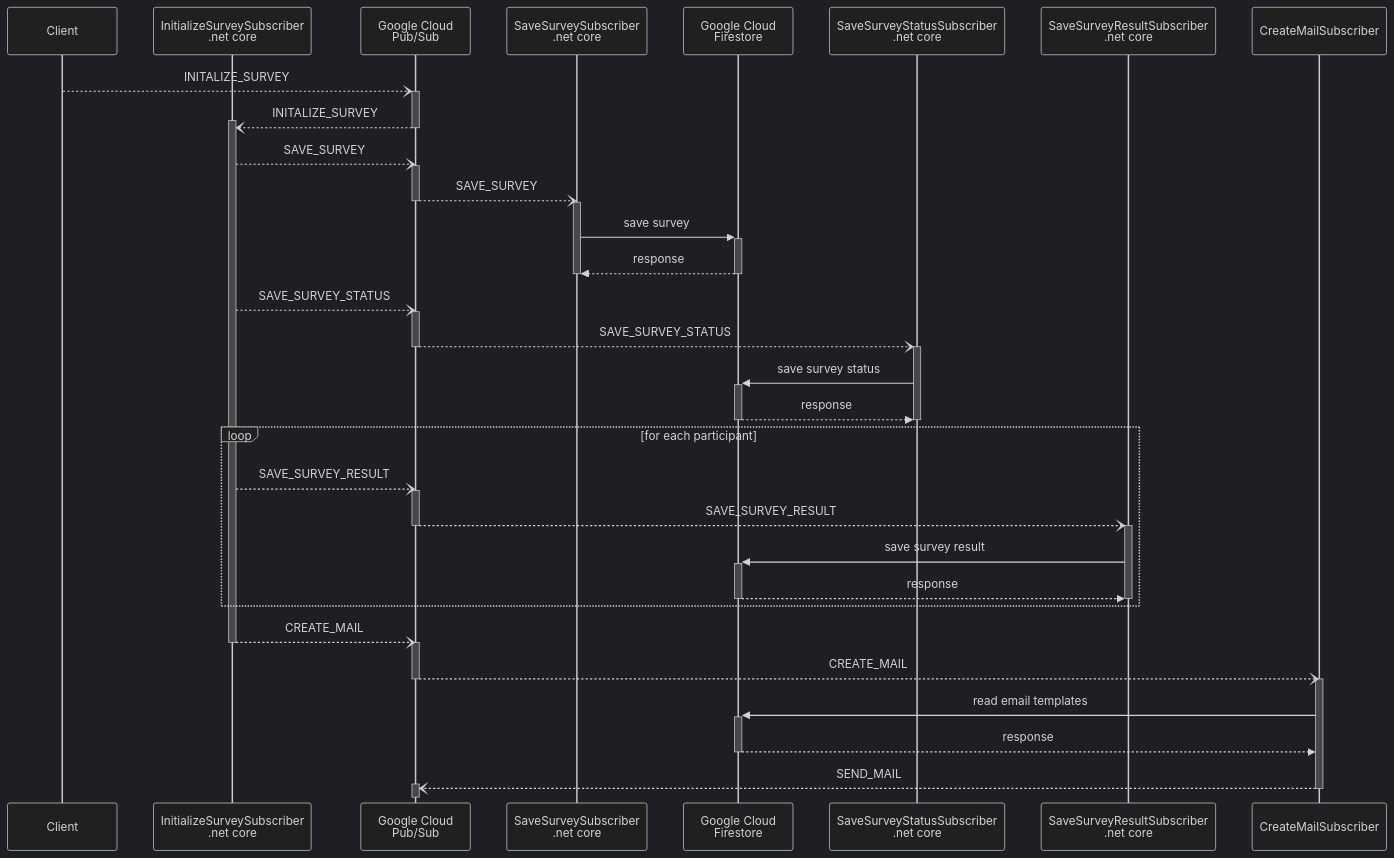
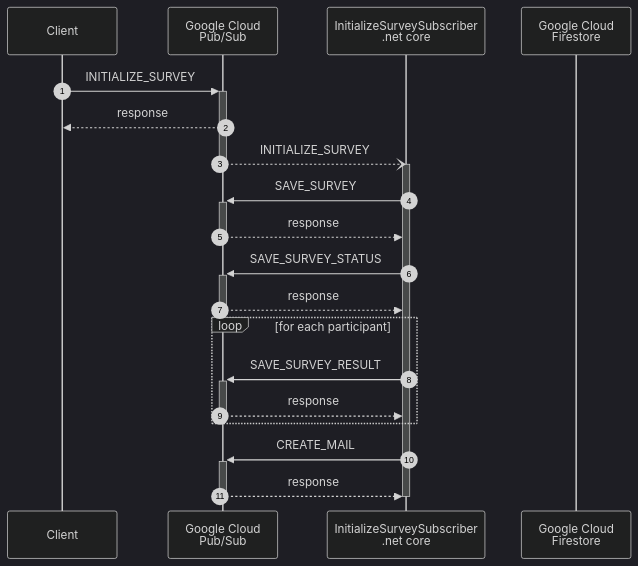
The diagram in doc/initialize-survey.mermaid (MichaelDiers/surveys), drawn with Mermaid (dark theme) before and after one commit. The commit also changed 1 other file, not shown here.

```diff
--- a/doc/initialize-survey.mermaid
+++ b/doc/initialize-survey.mermaid
@@ -1,55 +1,30 @@
 sequenceDiagram
+    autonumber
     participant C as Client
-    participant InitSurvey as InitializeSurveySubscriber<br>.net core
     participant PS as Google Cloud<br>Pub/Sub
-    participant SaveSurvey as SaveSurveySubscriber<br>.net core
-    participant F as Google Cloud<br>Firestore
-    participant SaveSurveyStatus as SaveSurveyStatusSubscriber<br>.net core
-    participant SaveSurveyResult as SaveSurveyResultSubscriber<br>.net core
-    participant CreateMail as CreateMailSubscriber
-    C--)+PS: INITALIZE_SURVEY
-    PS--)+InitSurvey: INITALIZE_SURVEY
+    participant ISS as InitializeSurveySubscriber<br>.net core
+    participant FS as Google Cloud<br>Firestore
+    C->>+PS: INITIALIZE_SURVEY
+    PS-->>C: response
+    PS--)ISS: INITIALIZE_SURVEY
     deactivate PS
+    activate ISS
     %% SAVE_SURVEY
-    InitSurvey--)PS: SAVE_SURVEY
-    activate PS
-    PS--)SaveSurvey: SAVE_SURVEY
+    ISS->>+PS: SAVE_SURVEY
+    PS-->>ISS: response
     deactivate PS
-    activate SaveSurvey
-    SaveSurvey->>+F: save survey
-    F-->>SaveSurvey: response
-    deactivate F
-    deactivate SaveSurvey
     %% SAVE_SURVEY_STATUS
-    InitSurvey--)PS: SAVE_SURVEY_STATUS
-    activate PS
-    PS--)+SaveSurveyStatus: SAVE_SURVEY_STATUS
+    ISS->>+PS: SAVE_SURVEY_STATUS
+    PS-->>ISS: response
     deactivate PS
-    SaveSurveyStatus->>+F: save survey status
-    F-->>SaveSurveyStatus: response
-    deactivate F
-    deactivate SaveSurveyStatus
     %% SAVE_SURVEY_RESULT
     loop for each participant
-        InitSurvey--)PS: SAVE_SURVEY_RESULT
-        activate PS
-        PS--)+SaveSurveyResult: SAVE_SURVEY_RESULT
+        ISS->>+PS: SAVE_SURVEY_RESULT
+        PS-->>ISS: response
         deactivate PS
-        SaveSurveyResult->>+F: save survey result
-        F-->>SaveSurveyResult: response
-        deactivate F
-        deactivate SaveSurveyResult
     end
     %% CREATE_MAIL
-    InitSurvey--)PS: CREATE_MAIL
-    deactivate InitSurvey
-    activate PS
-    PS--)CreateMail: CREATE_MAIL
+    ISS->>+PS: CREATE_MAIL
+    PS-->>ISS: response
     deactivate PS
-    activate CreateMail
-    CreateMail->>+F: read email templates
-    F-->>CreateMail: response
-    deactivate F
-    CreateMail--)+PS: SEND_MAIL
-    deactivate CreateMail
-    deactivate PS
+    deactivate ISS
```
